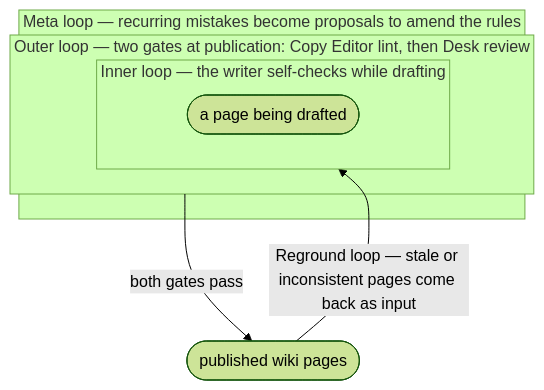
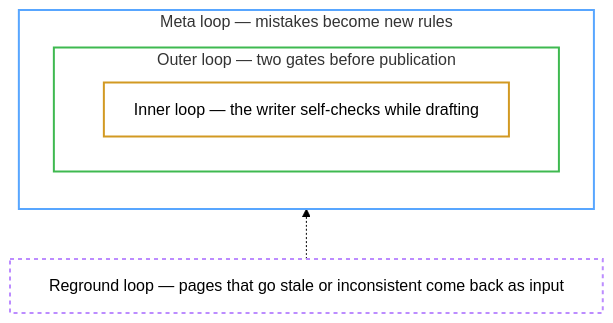
One commit to alfadur7/llm-wiki-newsroom changed the diagram in README.md. Above: the diagram before and after it, drawn with Mermaid (forest theme).

Commit message:
fix(readme): redraw the four-loop diagram so the nesting reads correctly
Mermaid sizes a subgraph box to its label, so the longer Outer label made
that box wider than the enclosing Meta box and the three loops looked
stacked rather than nested. Reduce the diagram to the four loop boxes,
shorten labels from the inside out, move Reground below with an upward
arrow (BT), and match its width to the Meta box.

````diff
--- a/README.md
+++ b/README.md
@@ -33,13 +33,16 @@
 ```mermaid
-flowchart TB
-    subgraph meta["Meta loop — recurring mistakes become proposals to amend the rules"]
-        subgraph outer["Outer loop — two gates at publication: Copy Editor lint, then Desk review"]
-            subgraph inner["Inner loop — the writer self-checks while drafting"]
-                draft(["a page being drafted"])
-            end
+%%{init: {"flowchart": {"wrappingWidth": 700}}}%%
+flowchart BT
+    subgraph meta["Meta loop — mistakes become new rules"]
+        subgraph outer["Outer loop — two gates before publication"]
+            inner["Inner loop — the writer self-checks while drafting"]
         end
     end
-    pages(["published wiki pages"])
-    outer -- "both gates pass" --> pages
-    pages -- "Reground loop — stale or inconsistent pages come back as input" --> inner
+    %% the &nbsp; padding keeps this box as wide as the Meta loop box above
+    reground["&nbsp;&nbsp;Reground loop — pages that go stale or inconsistent come back as input&nbsp;&nbsp;"]
+    reground -.-> meta
+    style meta fill:transparent,stroke:#58a6ff,stroke-width:2px
+    style outer fill:transparent,stroke:#3fb950,stroke-width:2px
+    style inner fill:transparent,stroke:#d29922,stroke-width:2px
+    style reground fill:transparent,stroke:#bc8cff,stroke-width:2px,stroke-dasharray:4 4
 ```
````
